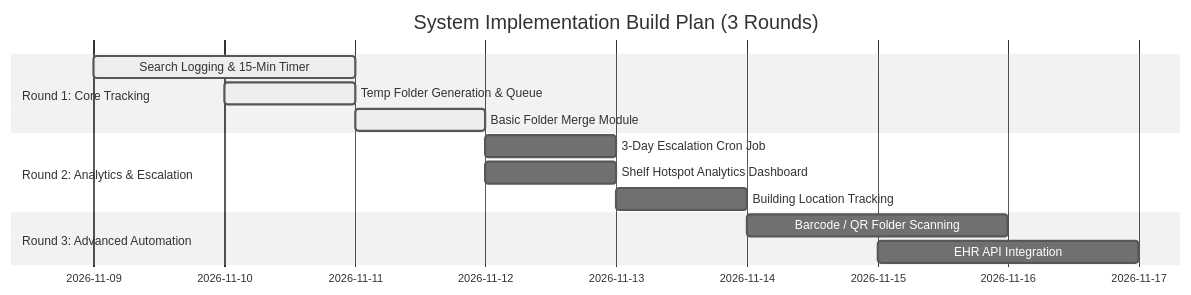
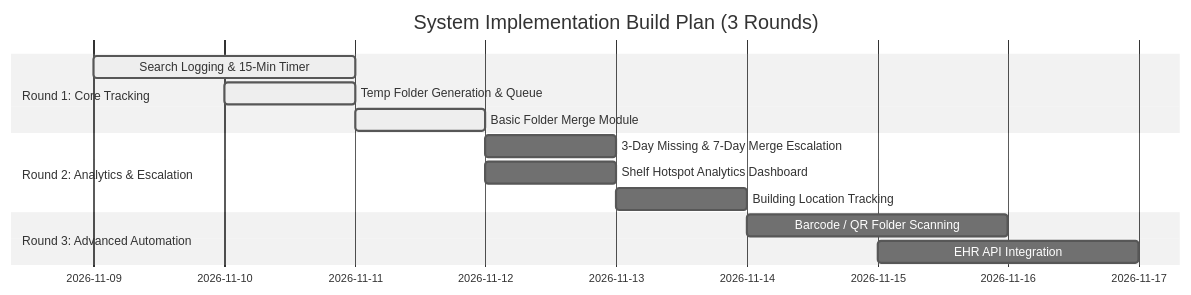
The diagram in docs/C_link_table_and_rounds.md (pradanailham64-boop/rke517-uts-kj101-02), drawn with Mermaid (neutral theme) before and after one commit. The commit also changed other lines of this file and 9 other files, not shown here.

Commit message:
feat(CR-1): add 7-day temporary folder merge escalation rule

````diff
--- a/docs/C_link_table_and_rounds.md
+++ b/docs/C_link_table_and_rounds.md
@@ -27,16 +29,16 @@
 ```mermaid
 gantt
     title System Implementation Build Plan (3 Rounds)
     dateFormat  YYYY-MM-DD
     section Round 1: Core Tracking
     Search Logging & 15-Min Timer       :active, r1_1, 2026-11-09, 2d
     Temp Folder Generation & Queue      :active, r1_2, 2026-11-10, 1d
     Basic Folder Merge Module           :active, r1_3, 2026-11-11, 1d
     section Round 2: Analytics & Escalation
-    3-Day Escalation Cron Job           :r2_1, 2026-11-12, 1d
+    3-Day Missing & 7-Day Merge Escalation :r2_1, 2026-11-12, 1d
     Shelf Hotspot Analytics Dashboard   :r2_2, 2026-11-12, 1d
     Building Location Tracking          :r2_3, 2026-11-13, 1d
     section Round 3: Advanced Automation
     Barcode / QR Folder Scanning        :r3_1, 2026-11-14, 2d
     EHR API Integration                 :r3_2, 2026-11-15, 2d
 ```
````
